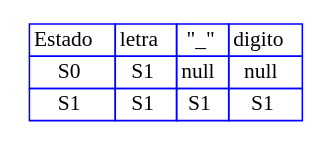
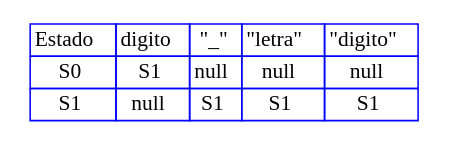
The diagram in out/production/Proyecto1/Graphviz/Transiciones2.dot (RojasCJP/Proyecto1_Compi1), drawn with Graphviz before and after one commit. The commit also changed 616 other files, not shown here.

```diff
--- a/out/production/Proyecto1/Graphviz/Transiciones2.dot
+++ b/out/production/Proyecto1/Graphviz/Transiciones2.dot
@@ -1,15 +1,15 @@
 digraph {
 
   tbl [
 
     shape=plaintext
     label=<
       <table border='0' cellborder='1' color='blue' cellspacing='0'>
-<tr><td>Estado</td><td>letra</td><td>"_"</td><td>digito</td></tr>
-<tr><td>S0</td><td>S1</td><td>null</td><td>null</td></tr>
-<tr><td>S1</td><td>S1</td><td>S1</td><td>S1</td></tr>
+<tr><td>Estado</td><td>digito</td><td>"_"</td><td>"letra"</td><td>"digito"</td></tr>
+<tr><td>S0</td><td>S1</td><td>null</td><td>null</td><td>null</td></tr>
+<tr><td>S1</td><td>null</td><td>S1</td><td>S1</td><td>S1</td></tr>
 </table>
 
     >];
 
 }
```
